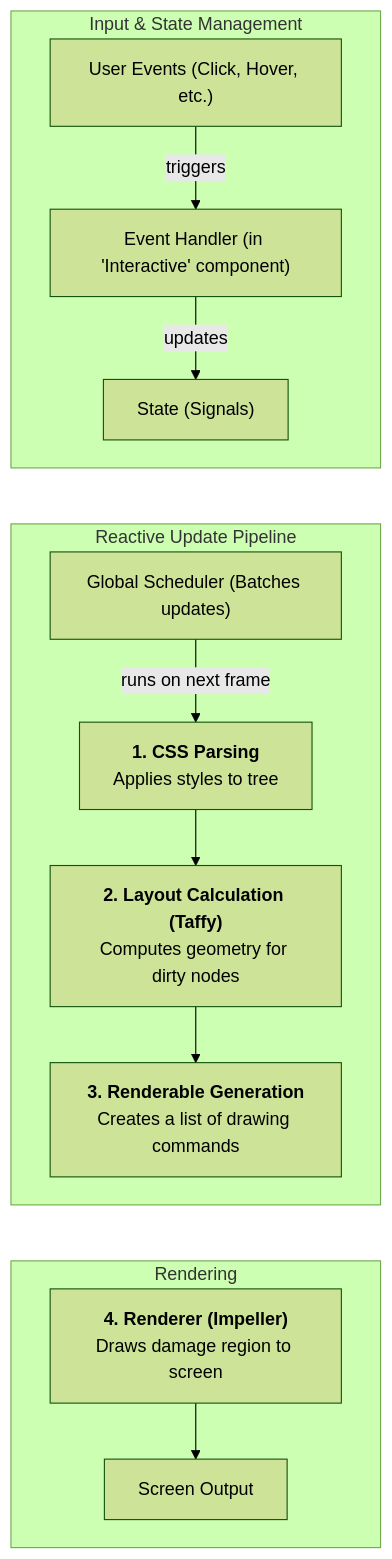
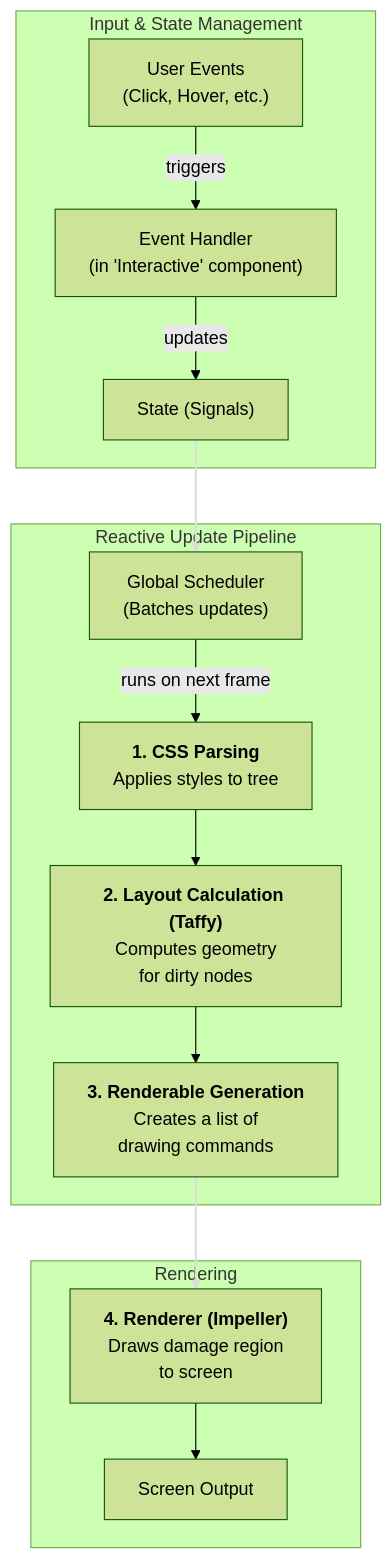
The diagram in README.md (namana-mecha/mctk), drawn with Mermaid (forest theme) before and after one commit.

Commit message:
chore: edited line breaks

````diff
--- a/README.md
+++ b/README.md
@@ -9,26 +9,26 @@
 ```mermaid
 graph TD
     subgraph "Input & State Management"
-        A["User Events (Click, Hover, etc.)"] -- triggers --> B["Event Handler (in 'Interactive' component)"];
+        A["User Events<br/>(Click, Hover, etc.)"] -- triggers --> B["Event Handler<br/>(in 'Interactive' component)"];
         B -- updates --> C["State (Signals)"];
     end
 
     subgraph "Reactive Update Pipeline"
-        D["Global Scheduler (Batches updates)"]
+        D["Global Scheduler<br/>(Batches updates)"]
         E["<b>1. CSS Parsing</b><br/>Applies styles to tree"]
-        F["<b>2. Layout Calculation (Taffy)</b><br/>Computes geometry for dirty nodes"]
-        G["<b>3. Renderable Generation</b><br/>Creates a list of drawing commands"]
+        F["<b>2. Layout Calculation (Taffy)</b><br/>Computes geometry<br/>for dirty nodes"]
+        G["<b>3. Renderable Generation</b><br/>Creates a list of<br/>drawing commands"]
 
         D -- "runs on next frame" --> E --> F --> G
     end
 
     subgraph "Rendering"
-        H["<b>4. Renderer (Impeller)</b><br/>Draws damage region to screen"] --> J[Screen Output];
+        H["<b>4. Renderer (Impeller)</b><br/>Draws damage region<br/>to screen"] --> J[Screen Output];
     end
 
     C --> D
     G --> H
 
-    linkStyle 6 stroke:#ddd0,stroke-width:2px;
-    linkStyle 7 stroke:#ddd0,stroke-width:2px;
+    linkStyle 6 stroke:#ddd,stroke-width:2px;
+    linkStyle 7 stroke:#ddd,stroke-width:2px;
 ```
````
